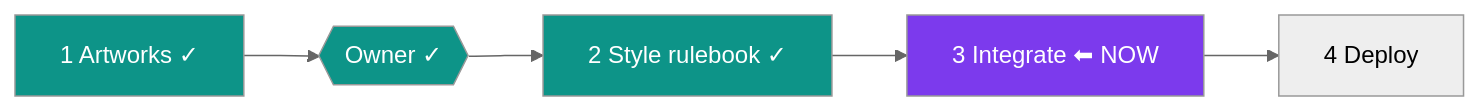
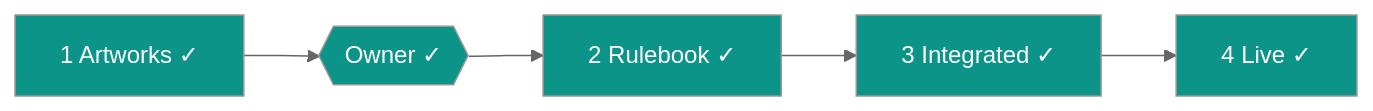
One commit to dkreinov/magic-clinic-english changed the diagram in .oplan/delight-pass/STATUS.md. Above: the diagram before and after it, drawn with Mermaid (neutral theme). The commit also changed other lines of this file and 1 other file, not shown here.

````diff
--- a/.oplan/delight-pass/STATUS.md
+++ b/.oplan/delight-pass/STATUS.md
@@ -9,8 +13,9 @@
 ```mermaid
 flowchart LR
-    P1[1 Artworks ✓] --> GATE{{Owner ✓}} --> P2[2 Style rulebook ✓] --> P3[3 Integrate ⬅ NOW] --> P4[4 Deploy]
+    P1[1 Artworks ✓] --> G{{Owner ✓}} --> P2[2 Rulebook ✓] --> P3[3 Integrated ✓] --> P4[4 Live ✓]
     style P1 fill:#0d9488,color:#fff
-    style GATE fill:#0d9488,color:#fff
+    style G fill:#0d9488,color:#fff
     style P2 fill:#0d9488,color:#fff
-    style P3 fill:#7c3aed,color:#fff
+    style P3 fill:#0d9488,color:#fff
+    style P4 fill:#0d9488,color:#fff
 ```
````
